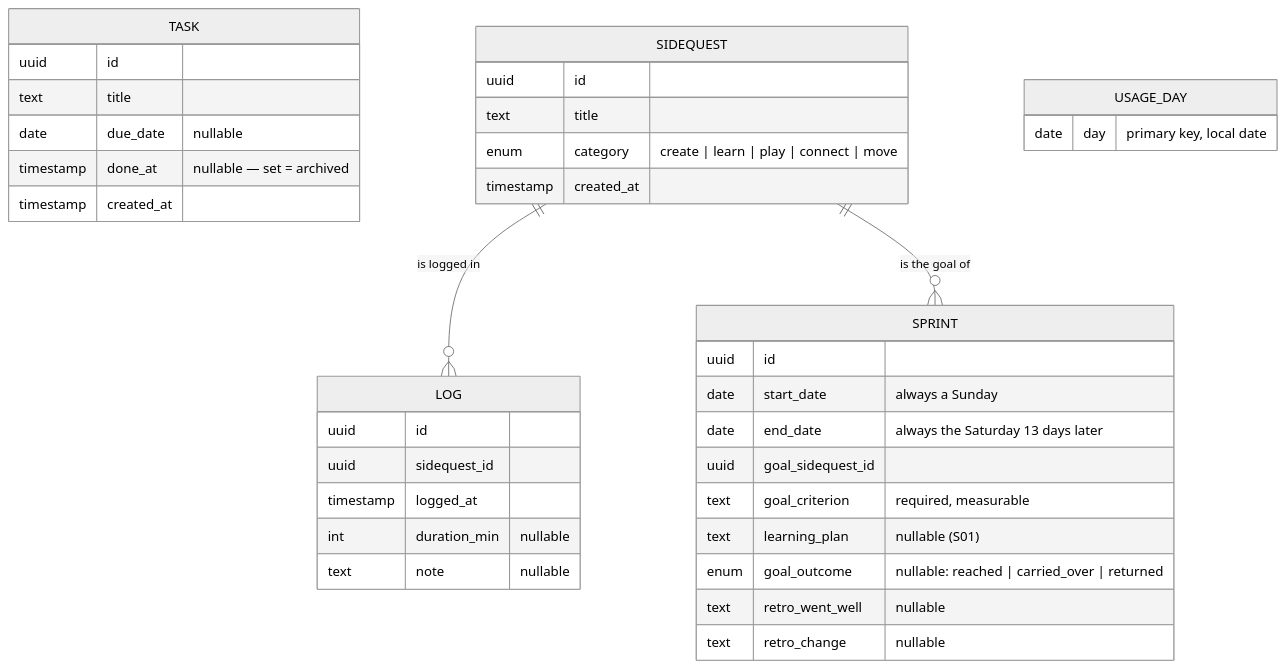
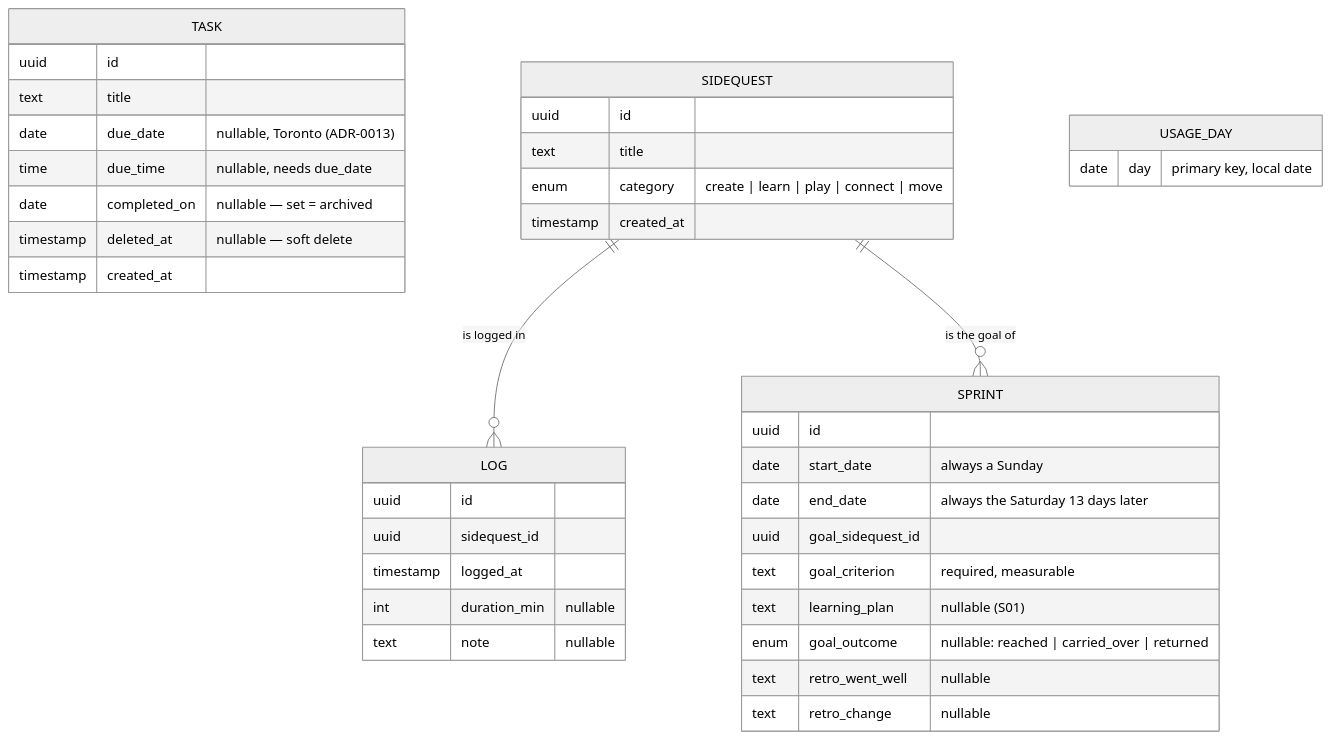
The second of 2 diagrams in docs/architecture.md (AlexLeQc/SprintYourLife), drawn with Mermaid (neutral theme) before and after one commit. The commit also changed other lines of this file and 3 other files, not shown here.

````diff
--- a/docs/architecture.md
+++ b/docs/architecture.md
@@ -74,40 +74,42 @@
 ```mermaid
 erDiagram
     TASK {
         uuid id
         text title
-        date due_date "nullable"
-        timestamp done_at "nullable — set = archived"
+        date due_date "nullable, Toronto (ADR-0013)"
+        time due_time "nullable, needs due_date"
+        date completed_on "nullable — set = archived"
+        timestamp deleted_at "nullable — soft delete"
         timestamp created_at
     }
     SIDEQUEST {
         uuid id
         text title
         enum category "create | learn | play | connect | move"
         timestamp created_at
     }
     SPRINT {
         uuid id
         date start_date "always a Sunday"
         date end_date "always the Saturday 13 days later"
         uuid goal_sidequest_id
         text goal_criterion "required, measurable"
         text learning_plan "nullable (S01)"
         enum goal_outcome "nullable: reached | carried_over | returned"
         text retro_went_well "nullable"
         text retro_change "nullable"
     }
     LOG {
         uuid id
         uuid sidequest_id
         timestamp logged_at
         int duration_min "nullable"
         text note "nullable"
     }
     USAGE_DAY {
         date day "primary key, local date"
     }
 
     SIDEQUEST ||--o{ LOG : "is logged in"
     SIDEQUEST ||--o{ SPRINT : "is the goal of"
 ```
````
